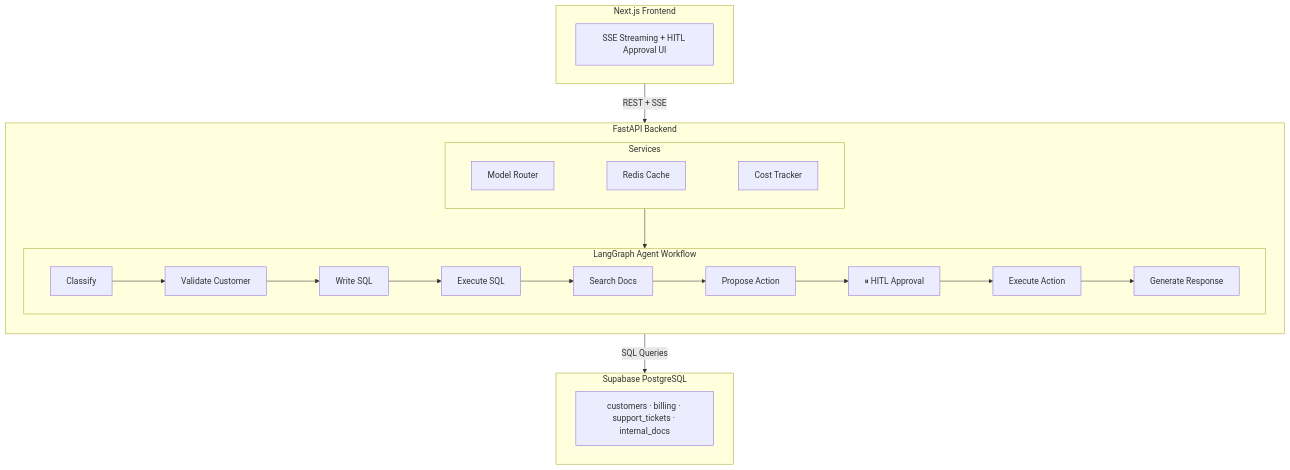
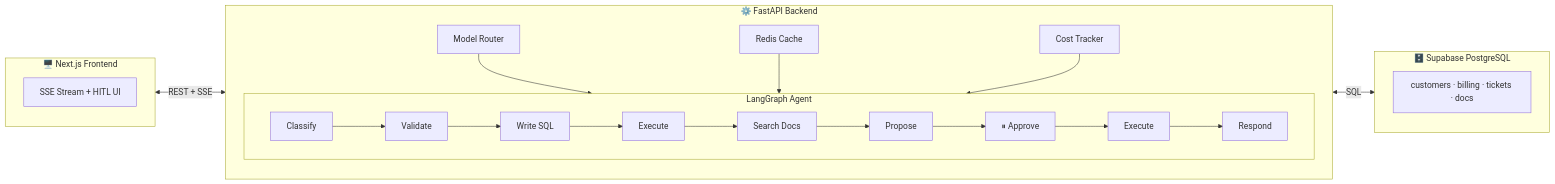
Before and after one commit to edycutjong/aegis: the diagram in README.md, drawn with Mermaid. The commit also changed other lines of this file, not shown here.

Commit message:
docs: update architecture diagram for clarity and refresh model versions in README.

````diff
--- a/README.md
+++ b/README.md
@@ -21,25 +21,23 @@
 ```mermaid
-flowchart TB
-    subgraph Frontend["Next.js Frontend"]
-        UI["SSE Streaming + HITL Approval UI"]
+flowchart LR
+    subgraph Frontend["🖥️ Next.js Frontend"]
+        UI["SSE Stream + HITL UI"]
     end
 
-    subgraph Backend["FastAPI Backend"]
-        direction TB
-        subgraph Services
-            MR["Model Router"] ~~~ RC["Redis Cache"] ~~~ CT["Cost Tracker"]
+    subgraph Backend["⚙️ FastAPI Backend"]
+        MR["Model Router"] & RC["Redis Cache"] & CT["Cost Tracker"]
+        MR & RC & CT --> Agent
+        subgraph Agent["LangGraph Agent"]
+            direction LR
+            C["Classify"] --> V["Validate"] --> WS["Write SQL"] --> ES["Execute"]
+            ES --> SD["Search Docs"] --> PA["Propose"] --> HA["⏸ Approve"] --> EA["Execute"] --> GR["Respond"]
         end
-        subgraph Graph["LangGraph Agent Workflow"]
-            C["Classify"] --> V["Validate Customer"] --> WS["Write SQL"] --> ES["Execute SQL"] --> SD["Search Docs"]
-            SD --> PA["Propose Action"] --> HA["⏸ HITL Approval"] --> EA["Execute Action"] --> GR["Generate Response"]
-        end
-        Services --> Graph
     end
 
-    subgraph DB["Supabase PostgreSQL"]
-        Tables["customers · billing · support_tickets · internal_docs"]
+    subgraph DB["🗄️ Supabase PostgreSQL"]
+        T["customers · billing · tickets · docs"]
     end
 
-    Frontend -- "REST + SSE" --> Backend
-    Backend -- "SQL Queries" --> DB
+    Frontend <-- "REST + SSE" --> Backend
+    Backend <-- "SQL" --> DB
 ```
````
